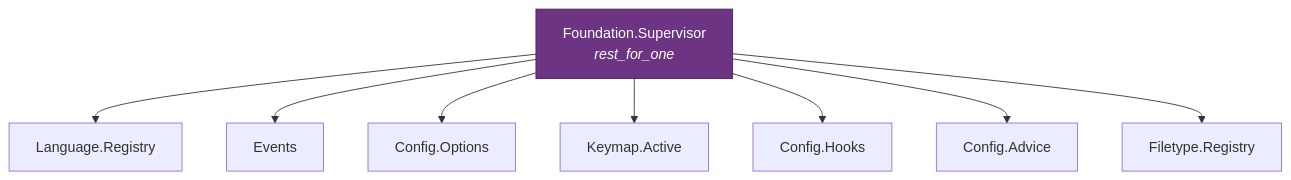
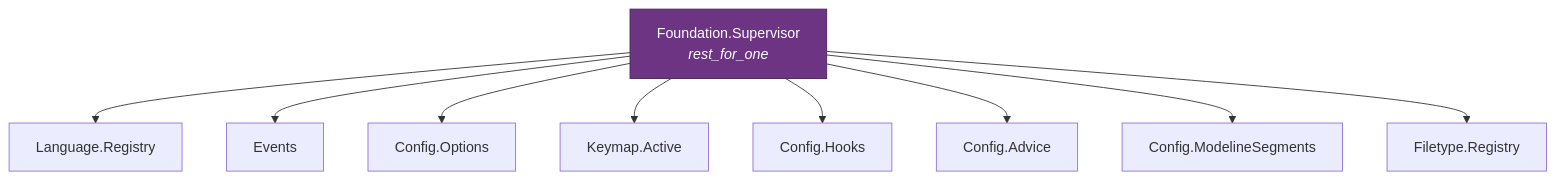
The third of 10 diagrams in docs/ARCHITECTURE.md (jsmestad/minga), drawn with Mermaid before and after one commit. The commit also changed other lines of this file and 15 other files, not shown here.

Commit message:
feat(ui): add configurable modeline segments

````diff
--- a/docs/ARCHITECTURE.md
+++ b/docs/ARCHITECTURE.md
@@ -166,13 +166,14 @@
 ```mermaid
 graph TD
     FOUND["Foundation.Supervisor<br/><i>rest_for_one</i>"]
     FOUND --> LANG["Language.Registry"]
     FOUND --> EVENTS["Events"]
     FOUND --> OPTS["Config.Options"]
     FOUND --> KEYMAP["Keymap.Active"]
     FOUND --> HOOKS["Config.Hooks"]
     FOUND --> ADVICE["Config.Advice"]
+    FOUND --> MODELINE["Config.ModelineSegments"]
     FOUND --> FT["Filetype.Registry"]
 
     style FOUND fill:#6c3483,stroke:#4a235a,color:#fff
 ```
````
